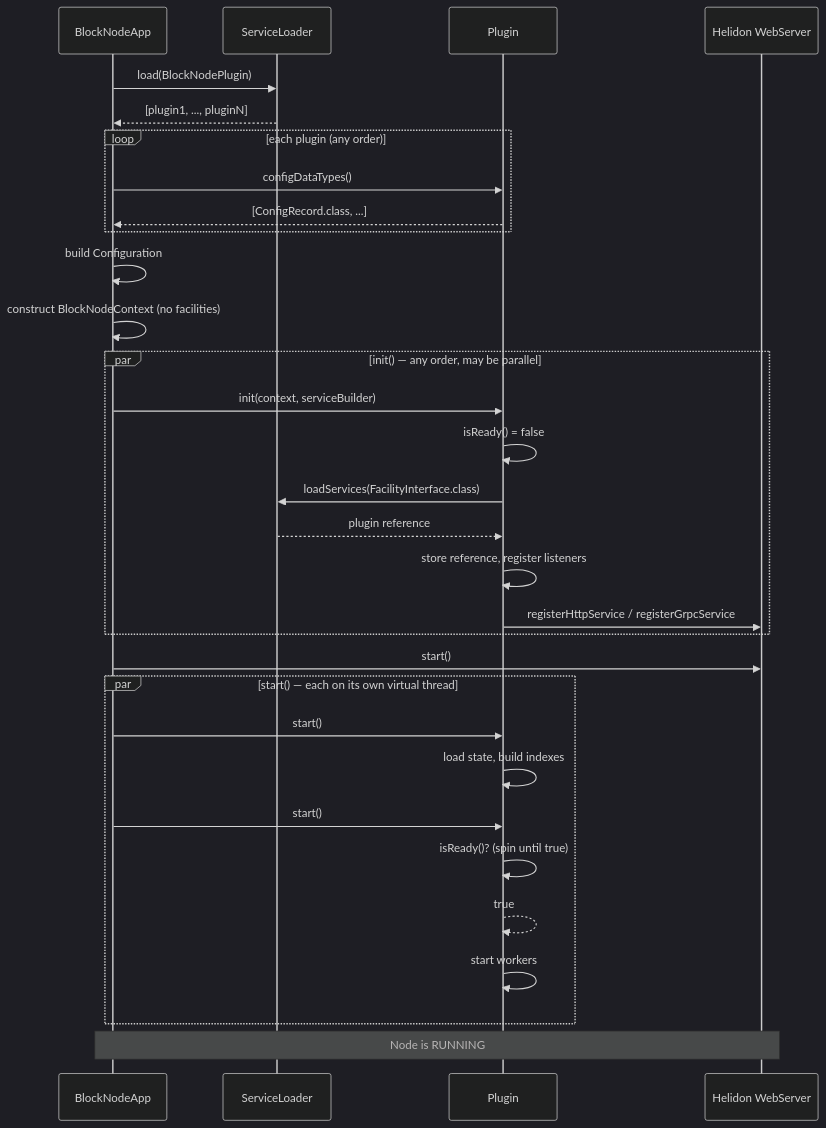
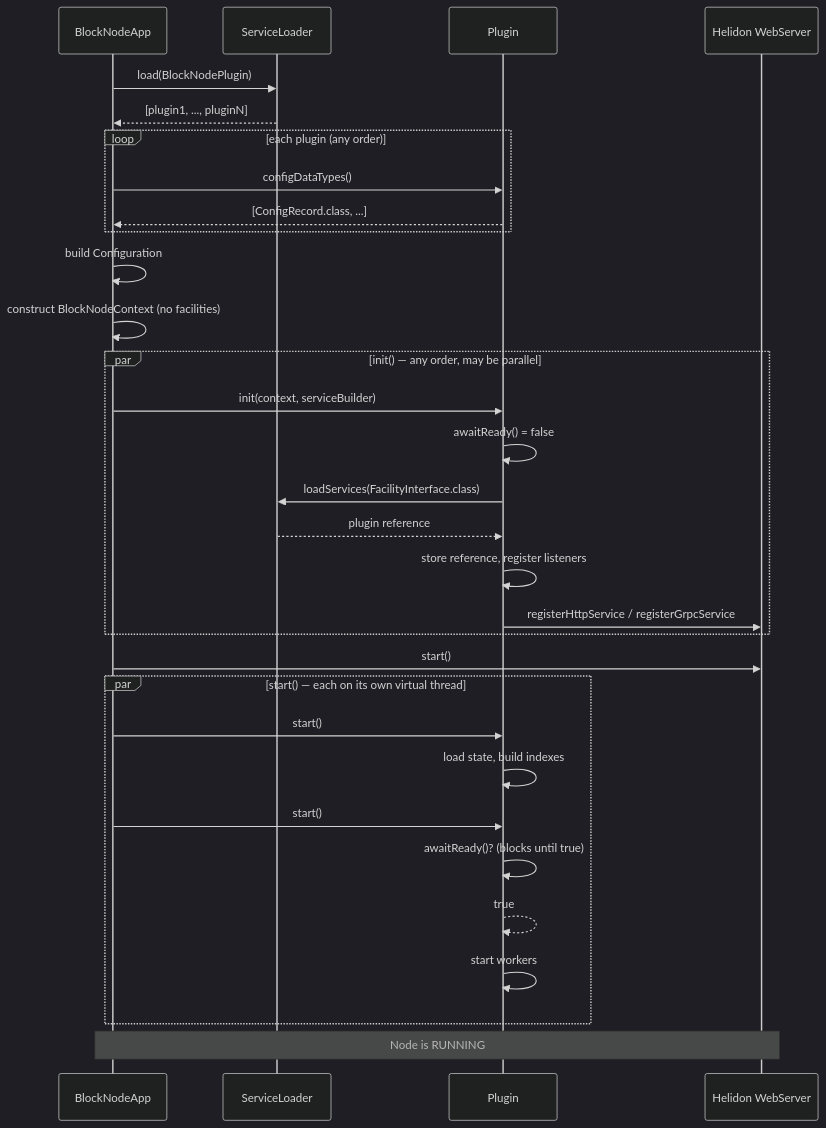
Before and after one commit to hiero-ledger/hiero-block-node: the second of 4 diagrams in docs/design/architecture/new-plugin-architecture.md, drawn with Mermaid (dark theme). The commit also changed other lines of this file, not shown here.

````diff
--- a/docs/design/architecture/new-plugin-architecture.md
+++ b/docs/design/architecture/new-plugin-architecture.md
@@ -416,34 +412,34 @@
 ```mermaid
 sequenceDiagram
     participant App as BlockNodeApp
     participant SL as ServiceLoader
     participant P as Plugin
     participant WS as Helidon WebServer
 
     App->>SL: load(BlockNodePlugin)
     SL-->>App: [plugin1, ..., pluginN]
     loop each plugin (any order)
         App->>P: configDataTypes()
         P-->>App: [ConfigRecord.class, ...]
     end
     App->>App: build Configuration
     App->>App: construct BlockNodeContext (no facilities)
     par init() — any order, may be parallel
         App->>P: init(context, serviceBuilder)
-        P->>P: isReady() = false
+        P->>P: awaitReady() = false
         P->>SL: loadServices(FacilityInterface.class)
         SL-->>P: plugin reference
         P->>P: store reference, register listeners
         P->>WS: registerHttpService / registerGrpcService
     end
     App->>WS: start()
     par start() — each on its own virtual thread
         App->>P: start()
         P->>P: load state, build indexes
         App->>P: start()
-        P->>P: isReady()? (spin until true)
+        P->>P: awaitReady()? (blocks until true)
         P-->>P: true
         P->>P: start workers
     end
     Note over App,WS: Node is RUNNING
 ```
````
